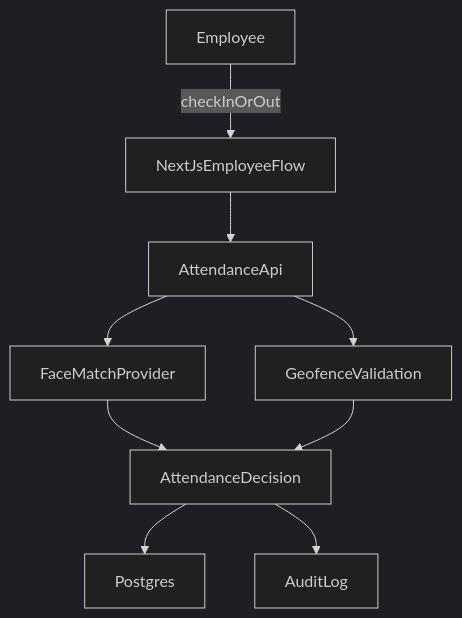
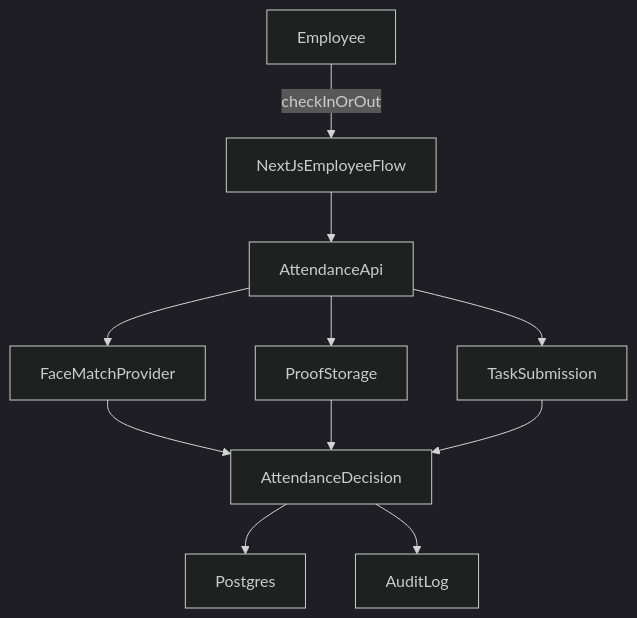
The second of 6 diagrams in docs/architecture.md (Tusharkanta407/Orgx), drawn with Mermaid (dark theme) before and after one commit. The commit also changed other lines of this file and 19 other files, not shown here.

````diff
--- a/docs/architecture.md
+++ b/docs/architecture.md
@@ -109,11 +140,13 @@
 ```mermaid
 flowchart TD
   employee[Employee] -->|"checkInOrOut"| web[NextJsEmployeeFlow]
   web --> api[AttendanceApi]
   api --> face[FaceMatchProvider]
-  api --> geo[GeofenceValidation]
+  api --> storage[ProofStorage]
+  api --> task[TaskSubmission]
   face --> decision[AttendanceDecision]
-  geo --> decision
+  storage --> decision
+  task --> decision
   decision --> postgres[Postgres]
   decision --> audit[AuditLog]
 ```
````
